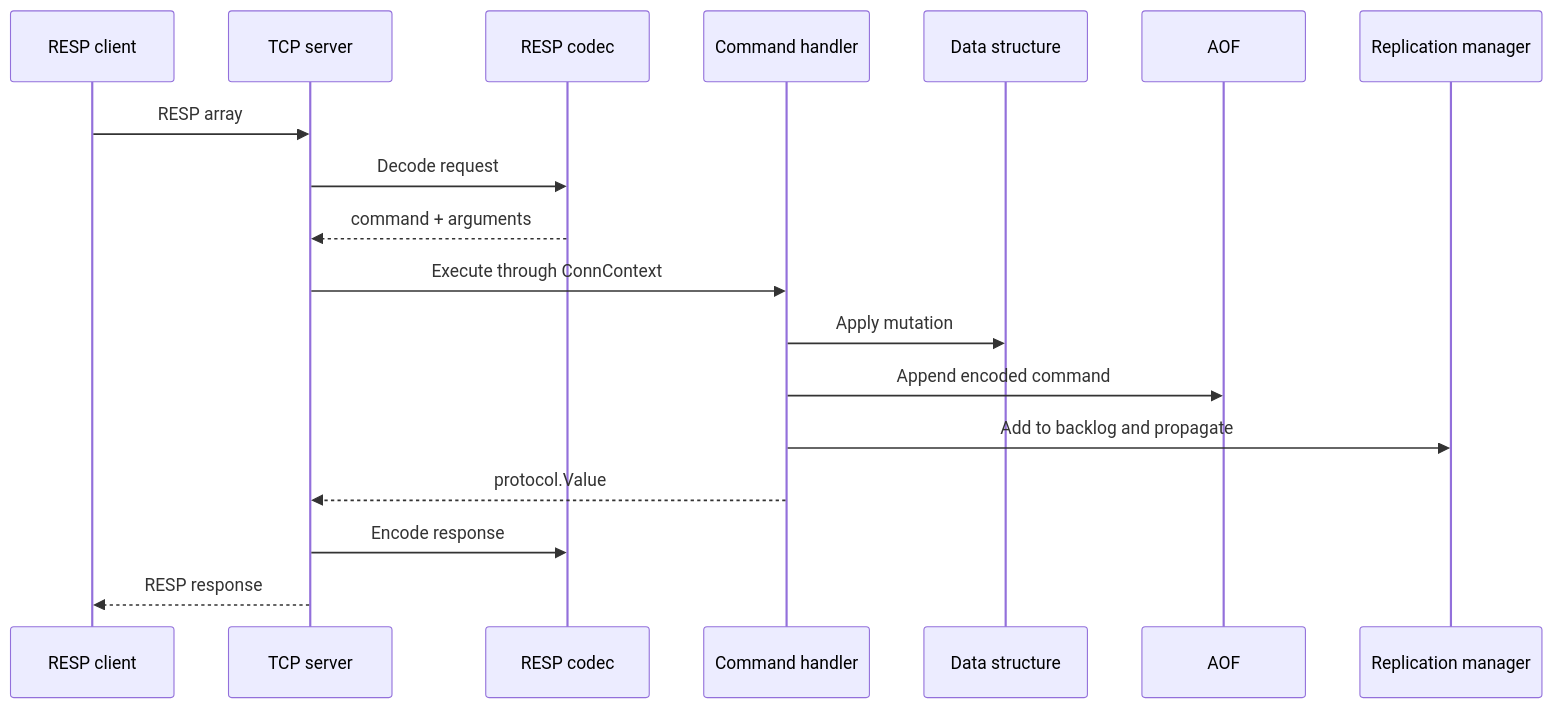
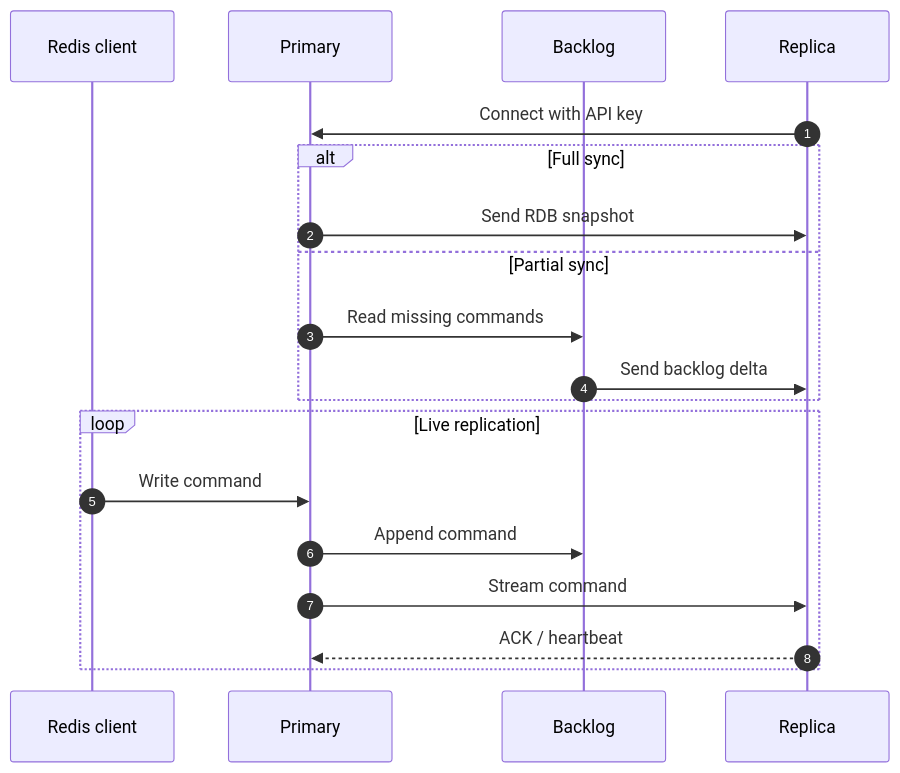
The diagram in README.md (nolannguyen1212/memkv), drawn with Mermaid before and after one commit. The commit also changed other lines of this file, not shown here.

Commit message:
feat(readme): restore concise overview and add replication flow

````diff
--- a/README.md
+++ b/README.md
@@ -208,21 +110,22 @@
 ```mermaid
 sequenceDiagram
-    participant C as RESP client
-    participant S as TCP server
-    participant P as RESP codec
-    participant H as Command handler
-    participant D as Data structure
-    participant A as AOF
-    participant R as Replication manager
+    autonumber
+    participant C as Redis client
+    participant P as Primary
+    participant B as Backlog
+    participant R as Replica
 
-    C->>S: RESP array
-    S->>P: Decode request
-    P-->>S: command + arguments
-    S->>H: Execute through ConnContext
-    H->>D: Apply mutation
-    H->>A: Append encoded command
-    H->>R: Add to backlog and propagate
-    H-->>S: protocol.Value
-    S->>P: Encode response
-    S-->>C: RESP response
+    R->>P: Connect with API key
+    alt Full sync
+        P->>R: Send RDB snapshot
+    else Partial sync
+        P->>B: Read missing commands
+        B->>R: Send backlog delta
+    end
+    loop Live replication
+        C->>P: Write command
+        P->>B: Append command
+        P->>R: Stream command
+        R-->>P: ACK / heartbeat
+    end
 ```
````
